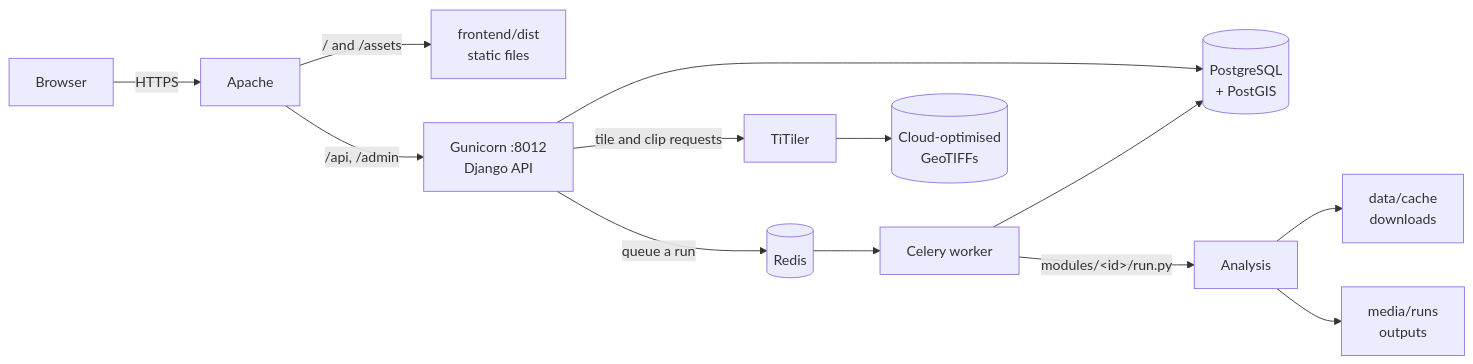
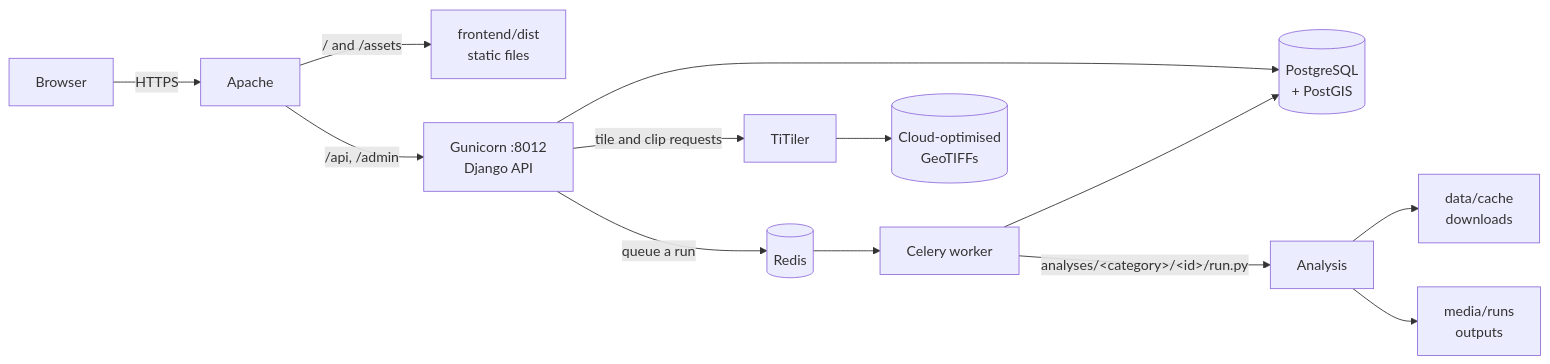
The first of 2 diagrams in docs/architecture/index.md (geonexa/isdb_geida), drawn with Mermaid before and after one commit. The commit also changed other lines of this file and 378 other files, not shown here.

````diff
--- a/docs/architecture/index.md
+++ b/docs/architecture/index.md
@@ -23,15 +23,15 @@
 ```mermaid
 flowchart LR
     B[Browser] -->|HTTPS| A[Apache]
     A -->|/ and /assets| D[frontend/dist<br/>static files]
     A -->|/api, /admin| G[Gunicorn :8012<br/>Django API]
     G --> DB[(PostgreSQL<br/>+ PostGIS)]
     G -->|queue a run| R[(Redis)]
     R --> W[Celery worker]
-    W -->|modules/&lt;id&gt;/run.py| M[Analysis]
+    W -->|analyses/&lt;category&gt;/&lt;id&gt;/run.py| M[Analysis]
     M --> C[data/cache<br/>downloads]
     M --> O[media/runs<br/>outputs]
     W --> DB
     G -->|tile and clip requests| T[TiTiler]
     T --> COG[(Cloud-optimised<br/>GeoTIFFs)]
 ```
````
